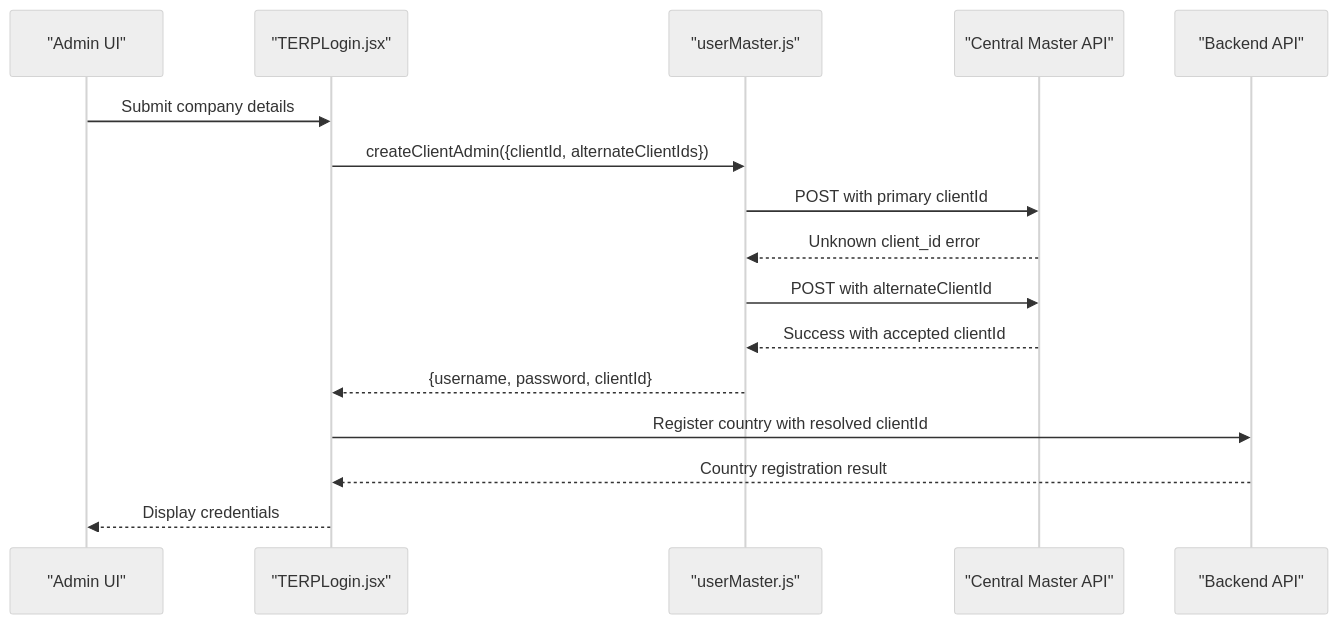
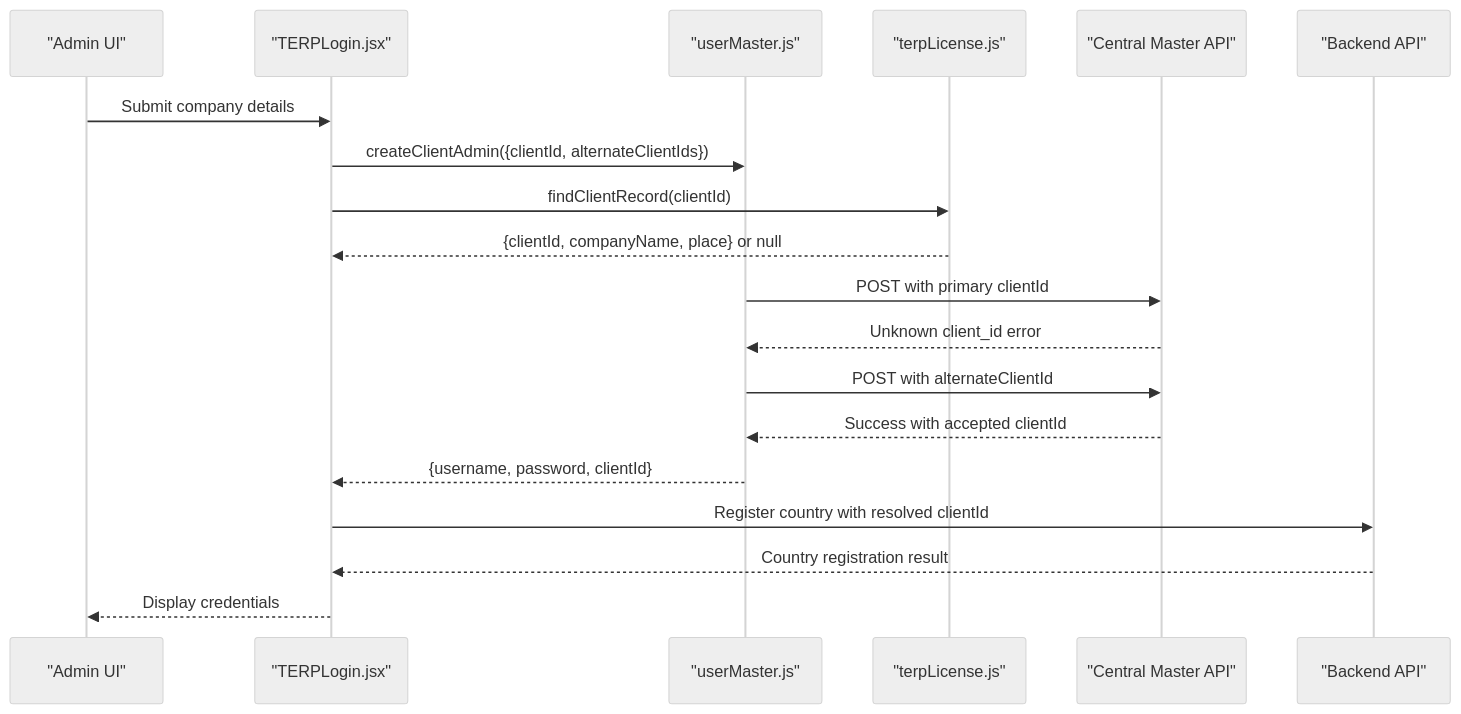
Before and after one commit to imcbsglobal/TRELLISCO_ERP_FRONTEND: the second of 10 diagrams in .qoder/repowiki/en/content/API Integration Layer/API Integration Layer.md, drawn with Mermaid (neutral theme). The commit also changed other lines of this file and 27 other files, not shown here.

````diff
--- a/.qoder/repowiki/en/content/API Integration Layer/API Integration Layer.md
+++ b/.qoder/repowiki/en/content/API Integration Layer/API Integration Layer.md
@@ -146,18 +164,21 @@
 ```mermaid
 sequenceDiagram
 participant UI as "Admin UI"
 participant TERPLogin as "TERPLogin.jsx"
 participant UserMaster as "userMaster.js"
+participant TerpLicense as "terpLicense.js"
 participant CentralMaster as "Central Master API"
 participant Backend as "Backend API"
 UI->>TERPLogin : Submit company details
 TERPLogin->>UserMaster : createClientAdmin({clientId, alternateClientIds})
+TERPLogin->>TerpLicense : findClientRecord(clientId)
+TerpLicense-->>TERPLogin : {clientId, companyName, place} or null
 UserMaster->>CentralMaster : POST with primary clientId
 CentralMaster-->>UserMaster : Unknown client_id error
 UserMaster->>CentralMaster : POST with alternateClientId
 CentralMaster-->>UserMaster : Success with accepted clientId
 UserMaster-->>TERPLogin : {username, password, clientId}
 TERPLogin->>Backend : Register country with resolved clientId
 Backend-->>TERPLogin : Country registration result
 TERPLogin-->>UI : Display credentials
 ```
````
